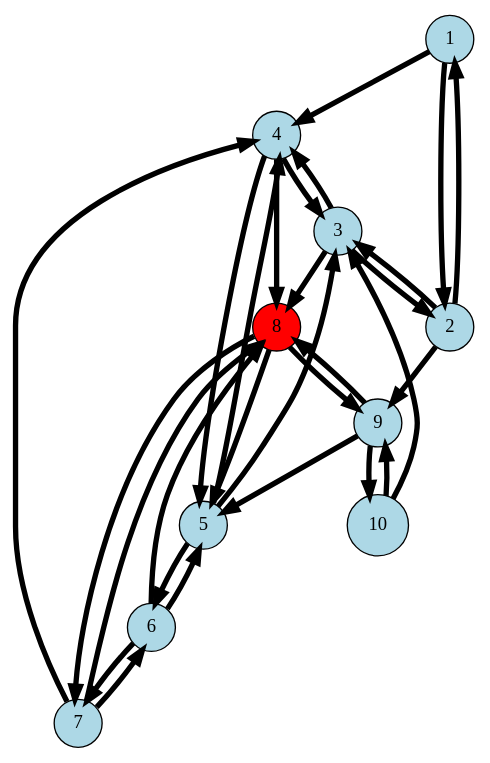
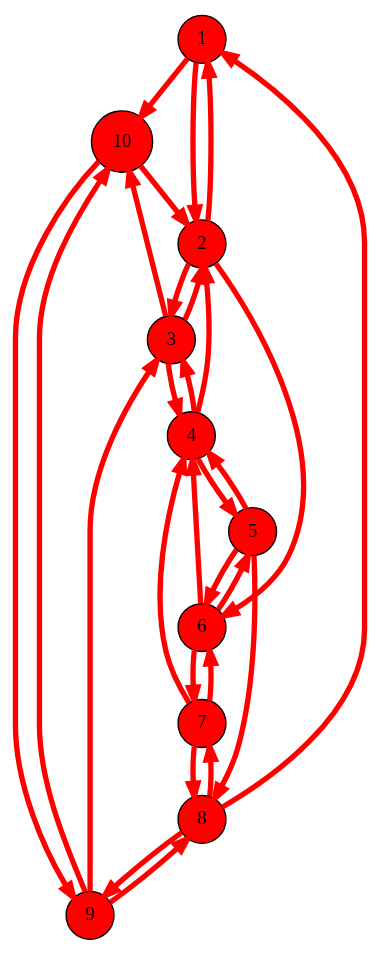
Before and after one commit to RafaelBrandaoBastos/ElixirGraph: the diagram in graph/graph.dot, drawn with Graphviz. The commit also changed 7 other files, not shown here.

```diff
--- a/graph/graph.dot
+++ b/graph/graph.dot
@@ -1,40 +1,40 @@
 digraph G {
-1 [label="1", fillcolor="lightblue", style="filled", shape="circle"];
-  1 -> 4[penwidth=4];
-  1 -> 2[penwidth=4];
-  2 [label="2", fillcolor="lightblue", style="filled", shape="circle"];
-  2 -> 9[penwidth=4];
-  2 -> 3[penwidth=4];
-  2 -> 1[penwidth=4];
-  3 [label="3", fillcolor="lightblue", style="filled", shape="circle"];
-  3 -> 8[penwidth=4];
-  3 -> 4[penwidth=4];
-  3 -> 2[penwidth=4];
-  4 [label="4", fillcolor="lightblue", style="filled", shape="circle"];
-  4 -> 8[penwidth=4];
-  4 -> 5[penwidth=4];
-  4 -> 3[penwidth=4];
-  5 [label="5", fillcolor="lightblue", style="filled", shape="circle"];
-  5 -> 3[penwidth=4];
-  5 -> 6[penwidth=4];
-  5 -> 4[penwidth=4];
-  6 [label="6", fillcolor="lightblue", style="filled", shape="circle"];
-  6 -> 8[penwidth=4];
-  6 -> 7[penwidth=4];
-  6 -> 5[penwidth=4];
-  7 [label="7", fillcolor="lightblue", style="filled", shape="circle"];
-  7 -> 4[penwidth=4];
-  7 -> 8[penwidth=4];
-  7 -> 6[penwidth=4];
+1 [label="1", fillcolor="red", style="filled", shape="circle"];
+  1 -> 10[penwidth=4][color=red];
+  1 -> 2[penwidth=4][color=red];
+  2 [label="2", fillcolor="red", style="filled", shape="circle"];
+  2 -> 6[penwidth=4][color=red];
+  2 -> 3[penwidth=4][color=red];
+  2 -> 1[penwidth=4][color=red];
+  3 [label="3", fillcolor="red", style="filled", shape="circle"];
+  3 -> 10[penwidth=4][color=red];
+  3 -> 4[penwidth=4][color=red];
+  3 -> 2[penwidth=4][color=red];
+  4 [label="4", fillcolor="red", style="filled", shape="circle"];
+  4 -> 2[penwidth=4][color=red];
+  4 -> 5[penwidth=4][color=red];
+  4 -> 3[penwidth=4][color=red];
+  5 [label="5", fillcolor="red", style="filled", shape="circle"];
+  5 -> 8[penwidth=4][color=red];
+  5 -> 6[penwidth=4][color=red];
+  5 -> 4[penwidth=4][color=red];
+  6 [label="6", fillcolor="red", style="filled", shape="circle"];
+  6 -> 4[penwidth=4][color=red];
+  6 -> 7[penwidth=4][color=red];
+  6 -> 5[penwidth=4][color=red];
+  7 [label="7", fillcolor="red", style="filled", shape="circle"];
+  7 -> 4[penwidth=4][color=red];
+  7 -> 8[penwidth=4][color=red];
+  7 -> 6[penwidth=4][color=red];
   8 [label="8", fillcolor="red", style="filled", shape="circle"];
-  8 -> 5[penwidth=4];
-  8 -> 9[penwidth=4];
-  8 -> 7[penwidth=4];
-  9 [label="9", fillcolor="lightblue", style="filled", shape="circle"];
-  9 -> 5[penwidth=4];
-  9 -> 10[penwidth=4];
-  9 -> 8[penwidth=4];
-  10 [label="10", fillcolor="lightblue", style="filled", shape="circle"];
-  10 -> 3[penwidth=4];
-  10 -> 9[penwidth=4];
+  8 -> 1[penwidth=4][color=red];
+  8 -> 9[penwidth=4][color=red];
+  8 -> 7[penwidth=4][color=red];
+  9 [label="9", fillcolor="red", style="filled", shape="circle"];
+  9 -> 3[penwidth=4][color=red];
+  9 -> 10[penwidth=4][color=red];
+  9 -> 8[penwidth=4][color=red];
+  10 [label="10", fillcolor="red", style="filled", shape="circle"];
+  10 -> 2[penwidth=4][color=red];
+  10 -> 9[penwidth=4][color=red];
 }
```
